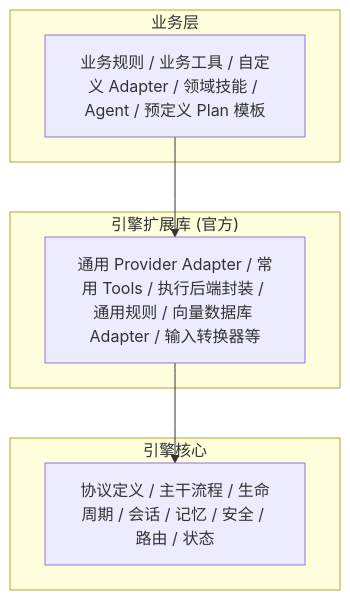
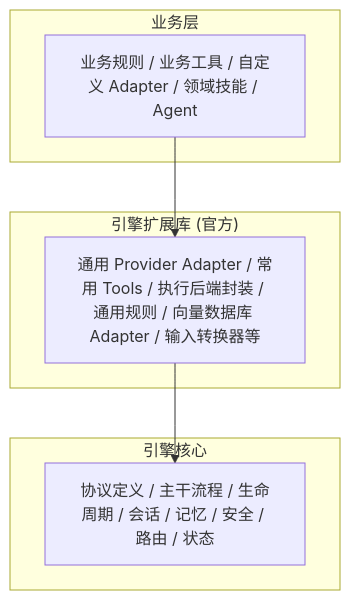
The first of 5 diagrams in docs/overview-design.md (dangaogit/tachu), drawn with Mermaid before and after one commit. The commit also changed other lines of this file and 103 other files, not shown here.

````diff
--- a/docs/overview-design.md
+++ b/docs/overview-design.md
@@ -25,14 +27,14 @@
 ```mermaid
 graph TD
     subgraph "业务层"
-        A[业务规则 / 业务工具 / 自定义 Adapter / 领域技能 / Agent / 预定义 Plan 模板]
+        A[业务规则 / 业务工具 / 自定义 Adapter / 领域技能 / Agent]
     end
     subgraph "引擎扩展库 (官方)"
         B[通用 Provider Adapter / 常用 Tools / 执行后端封装 / 通用规则 / 向量数据库 Adapter / 输入转换器等]
     end
     subgraph "引擎核心"
         C[协议定义 / 主干流程 / 生命周期 / 会话 / 记忆 / 安全 / 路由 / 状态]
     end
     A --> B
     B --> C
 ```
````
